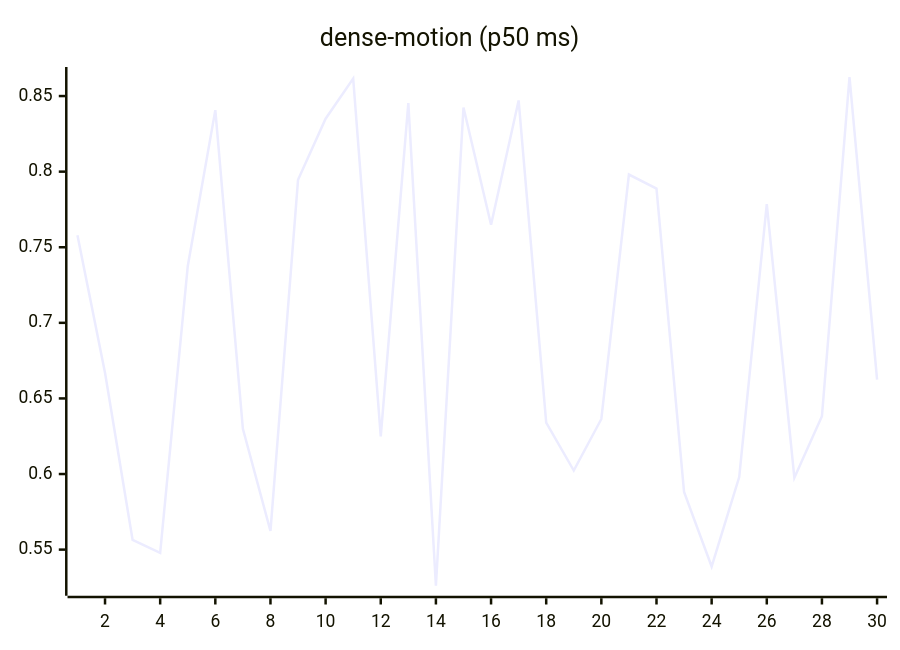
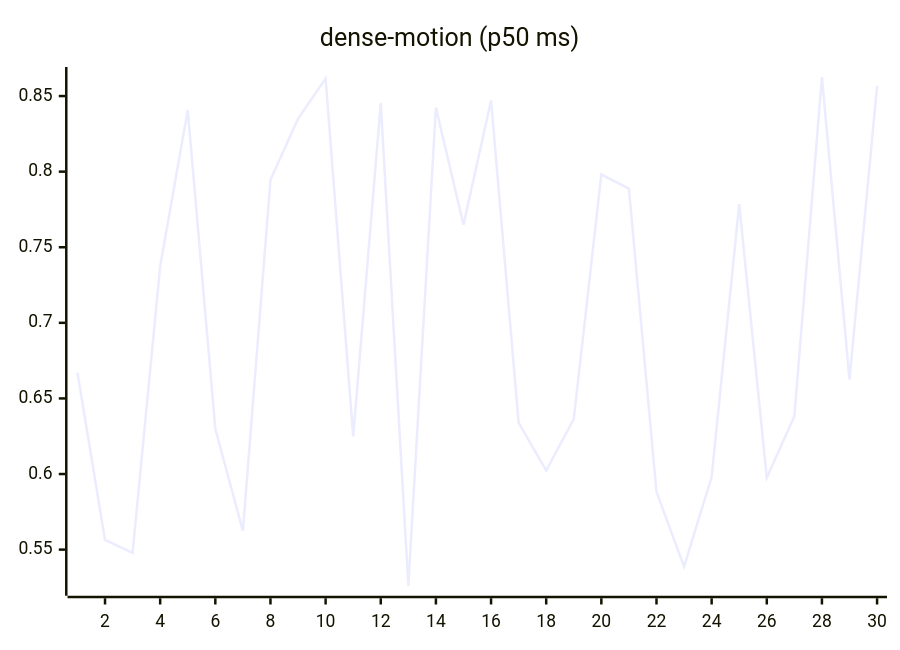
One commit to josha/Facet changed the ninth of 27 diagrams in README.md. Above: the diagram before and after it, drawn with Mermaid. The commit also changed other lines of this file and 2 other files, not shown here.

````diff
--- a/README.md
+++ b/README.md
@@ -119,6 +119,6 @@
 ```mermaid
 xychart-beta
     title "dense-motion (p50 ms)"
     x-axis 1 --> 30
-    line [0.7579, 0.6670, 0.5564, 0.5479, 0.7374, 0.8407, 0.6299, 0.5623, 0.7946, 0.8350, 0.8616, 0.6249, 0.8453, 0.5261, 0.8424, 0.7649, 0.8471, 0.6340, 0.6023, 0.6364, 0.7981, 0.7888, 0.5881, 0.5388, 0.5980, 0.7785, 0.5976, 0.6382, 0.8626, 0.6624]
+    line [0.6670, 0.5564, 0.5479, 0.7374, 0.8407, 0.6299, 0.5623, 0.7946, 0.8350, 0.8616, 0.6249, 0.8453, 0.5261, 0.8424, 0.7649, 0.8471, 0.6340, 0.6023, 0.6364, 0.7981, 0.7888, 0.5881, 0.5388, 0.5980, 0.7785, 0.5976, 0.6382, 0.8626, 0.6624, 0.8567]
 ```
````
